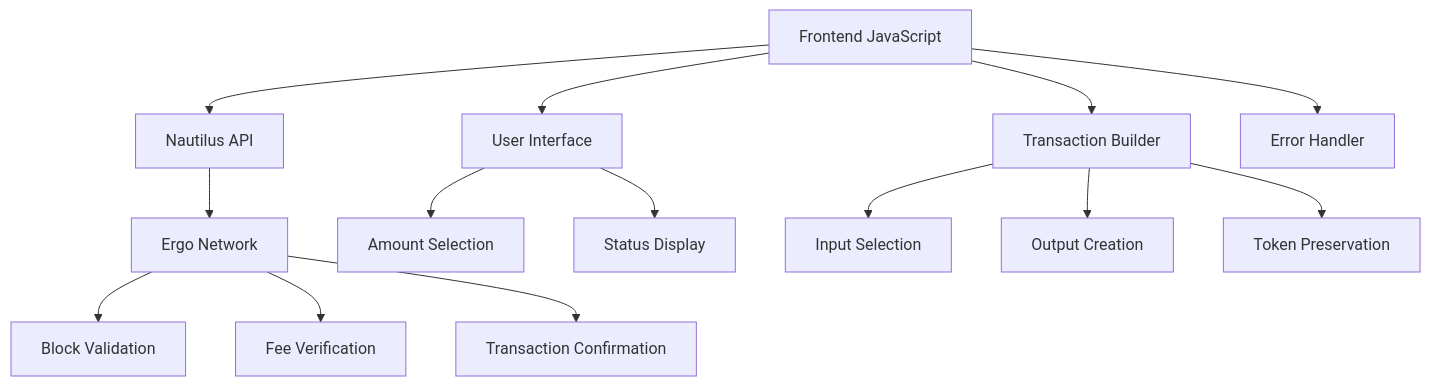
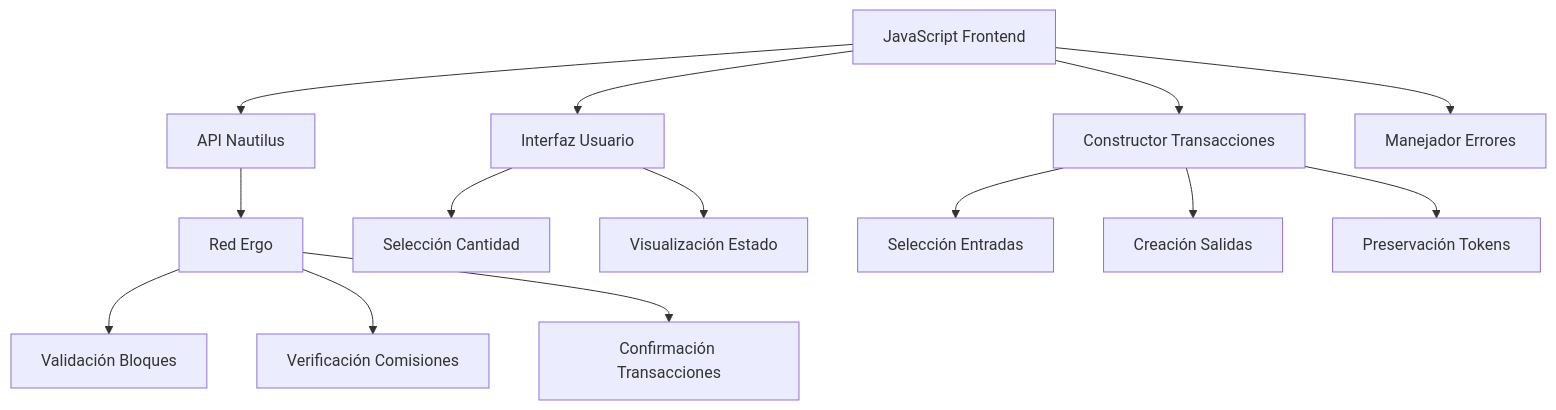
Before and after one commit to moon-miner/SCypher-web: the diagram in technical-documents/Implementación de Donaciones con Nautilus Wallet en Ergo.md, drawn with Mermaid. The commit also changed other lines of this file, not shown here.

First line of the commit message:
Update Implementación de Donaciones con Nautilus Wallet en Ergo.md

````diff
--- a/technical-documents/Implementación de Donaciones con Nautilus Wallet en Ergo.md
+++ b/technical-documents/Implementación de Donaciones con Nautilus Wallet en Ergo.md
@@ -39,20 +41,20 @@
 ```mermaid
 graph TD
-    A[Frontend JavaScript] --> B[Nautilus API]
-    B --> C[Ergo Network]
+    A[JavaScript Frontend] --> B[API Nautilus]
+    B --> C[Red Ergo]
     
-    A --> D[User Interface]
-    A --> E[Transaction Builder]
-    A --> F[Error Handler]
+    A --> D[Interfaz Usuario]
+    A --> E[Constructor Transacciones]
+    A --> F[Manejador Errores]
     
-    D --> G[Amount Selection]
-    D --> H[Status Display]
+    D --> G[Selección Cantidad]
+    D --> H[Visualización Estado]
     
-    E --> I[Input Selection]
-    E --> J[Output Creation]
-    E --> K[Token Preservation]
+    E --> I[Selección Entradas]
+    E --> J[Creación Salidas]
+    E --> K[Preservación Tokens]
     
-    C --> L[Block Validation]
-    C --> M[Fee Verification]
-    C --> N[Transaction Confirmation]
+    C --> L[Validación Bloques]
+    C --> M[Verificación Comisiones]
+    C --> N[Confirmación Transacciones]
 ```
````
